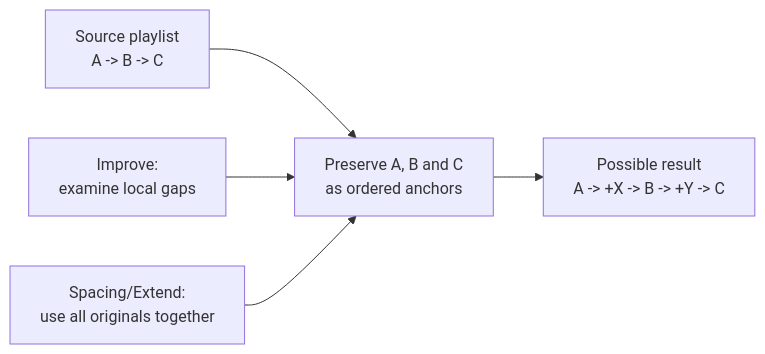
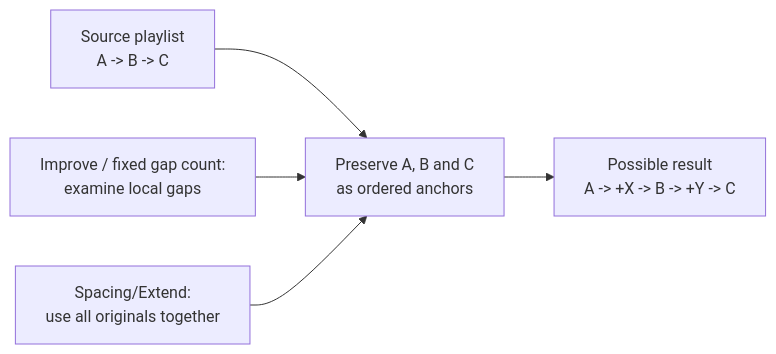
The seventh of 14 diagrams in ALGORITHMS.md (chrober/lms-better-call-bliss), drawn with Mermaid before and after one commit. The commit also changed other lines of this file and 4 other files, not shown here.

```diff
--- a/ALGORITHMS.md
+++ b/ALGORITHMS.md
@@ -344,7 +346,7 @@
 ~~~mermaid
 flowchart LR
     S["Source playlist<br/>A -> B -> C"] --> P["Preserve A, B and C<br/>as ordered anchors"]
-    G["Improve:<br/>examine local gaps"] --> P
+    G["Improve / fixed gap count:<br/>examine local gaps"] --> P
     S2["Spacing/Extend:<br/>use all originals together"] --> P
     P --> R["Possible result<br/>A -> +X -> B -> +Y -> C"]
 ~~~
```
